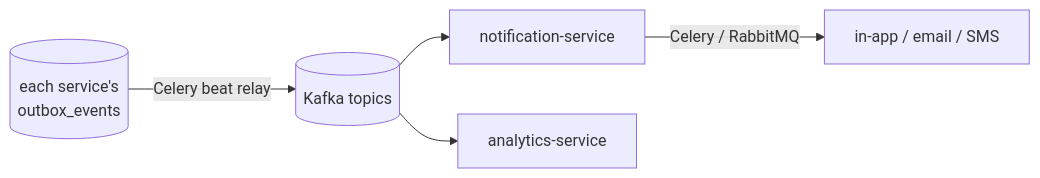
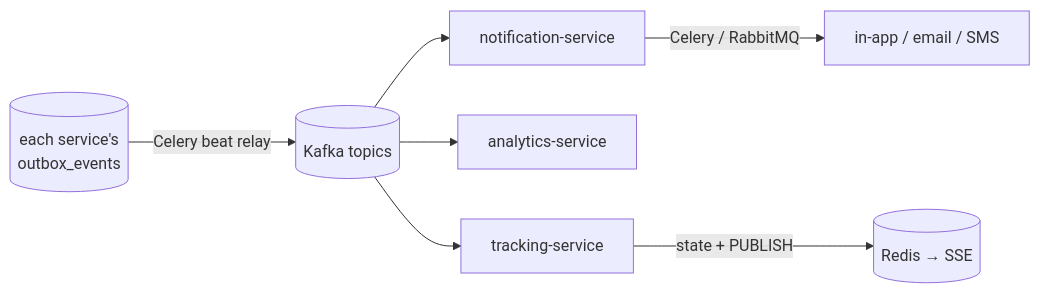
One commit to umer-emumba/smartfoodops-ms changed the tenth of 27 diagrams in docs/diagrams.md. Above: the diagram before and after it, drawn with Mermaid. The commit also changed other lines of this file and 18 other files, not shown here.

````diff
--- a/docs/diagrams.md
+++ b/docs/diagrams.md
@@ -273,7 +288,9 @@
 ```mermaid
 flowchart LR
     DB[(each service's<br/>outbox_events)] -->|Celery beat relay| K[(Kafka topics)]
     K --> NS[notification-service]
     NS -->|Celery / RabbitMQ| Out[in-app / email / SMS]
     K --> AS[analytics-service]
+    K --> TS[tracking-service]
+    TS -->|"state + PUBLISH"| RD[(Redis → SSE)]
 ```
````
